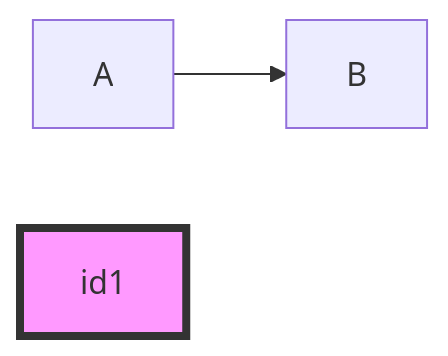
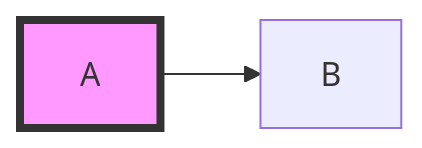
Before and after one commit to giorgio-bendoni/giorgio-bendoni.github.io: the second of 2 diagrams in myworkflow.md, drawn with Mermaid.

```diff
--- a/myworkflow.md
+++ b/myworkflow.md
@@ -24,5 +24,5 @@
 <div class="mermaid">
 graph LR
     A --> B
-  style id1 fill:#f9f,stroke:#333,stroke-width:4px
+  style A fill:#f9f,stroke:#333,stroke-width:4px
 </div>
```
